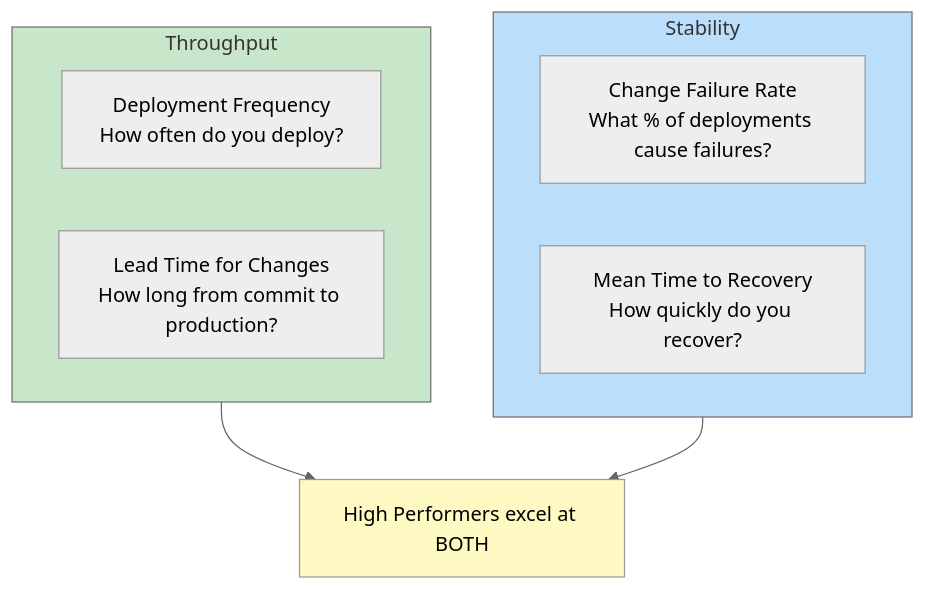
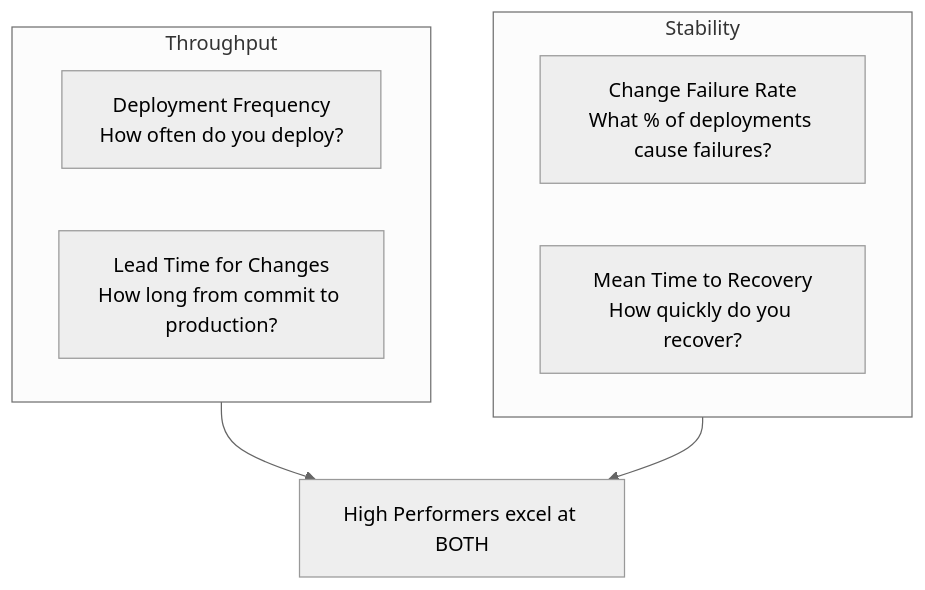
One commit to shivam-g-mishra/blog changed the diagram in docs/cicd/metrics-maturity.md. Above: the diagram before and after it, drawn with Mermaid. The commit also changed 23 other files, not shown here.

First line of the commit message:
fix: improve Mermaid diagram visibility in dark mode

````diff
--- a/docs/cicd/metrics-maturity.md
+++ b/docs/cicd/metrics-maturity.md
@@ -62,20 +62,16 @@
 ```mermaid
 %%{init: {'theme': 'neutral'}}%%
 flowchart TB
     subgraph throughput["Throughput"]
         DF["Deployment Frequency<br/>How often do you deploy?"]
         LT["Lead Time for Changes<br/>How long from commit to production?"]
     end
     
     subgraph stability["Stability"]
         CFR["Change Failure Rate<br/>What % of deployments cause failures?"]
         MTTR["Mean Time to Recovery<br/>How quickly do you recover?"]
     end
     
     throughput --> PERF["High Performers excel at BOTH"]
     stability --> PERF
-    
-    style throughput fill:#c8e6c9
-    style stability fill:#bbdefb
-    style PERF fill:#fff9c4
 ```
````
